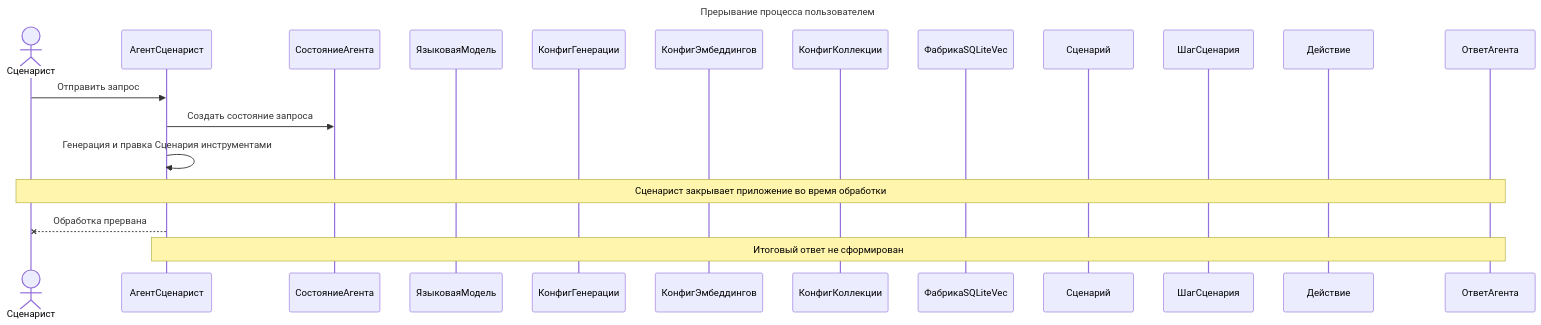
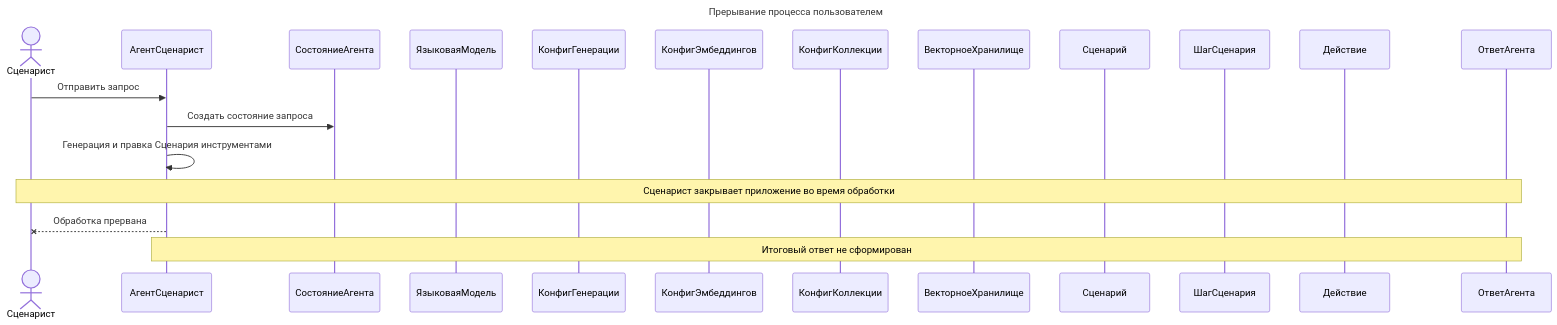
Before and after one commit to CHSU-scenarAIst/diagrammy: the third of 3 diagrams in Пакет Обработка эмбеддингов/2. Диаграмма последовательностей взаимодействия объектов классов пакета.md, drawn with Mermaid. The commit also changed other lines of this file and 8 other files, not shown here.

````diff
--- a/Пакет Обработка эмбеддингов/2. Диаграмма последовательностей взаимодействия объектов классов пакета.md
+++ b/Пакет Обработка эмбеддингов/2. Диаграмма последовательностей взаимодействия объектов классов пакета.md
@@ -80,25 +81,25 @@
 ```mermaid
 ---
 title: Прерывание процесса пользователем
 ---
 sequenceDiagram
     actor Сценарист
     participant АгентСценарист
     participant СостояниеАгента
     participant ЯзыковаяМодель
     participant КонфигГенерации
     participant КонфигЭмбеддингов
     participant КонфигКоллекции
-    participant ФабрикаSQLiteVec
+    participant ВекторноеХранилище
     participant Сценарий
     participant ШагСценария
     participant Действие
     participant ОтветАгента
 
     Сценарист->>АгентСценарист: Отправить запрос
     АгентСценарист->>СостояниеАгента: Создать состояние запроса
     АгентСценарист->>АгентСценарист: Генерация и правка Сценария инструментами
     Note over Сценарист,ОтветАгента: Сценарист закрывает приложение во время обработки
     АгентСценарист--xСценарист: Обработка прервана
     Note over АгентСценарист,ОтветАгента: Итоговый ответ не сформирован
 ```
````
